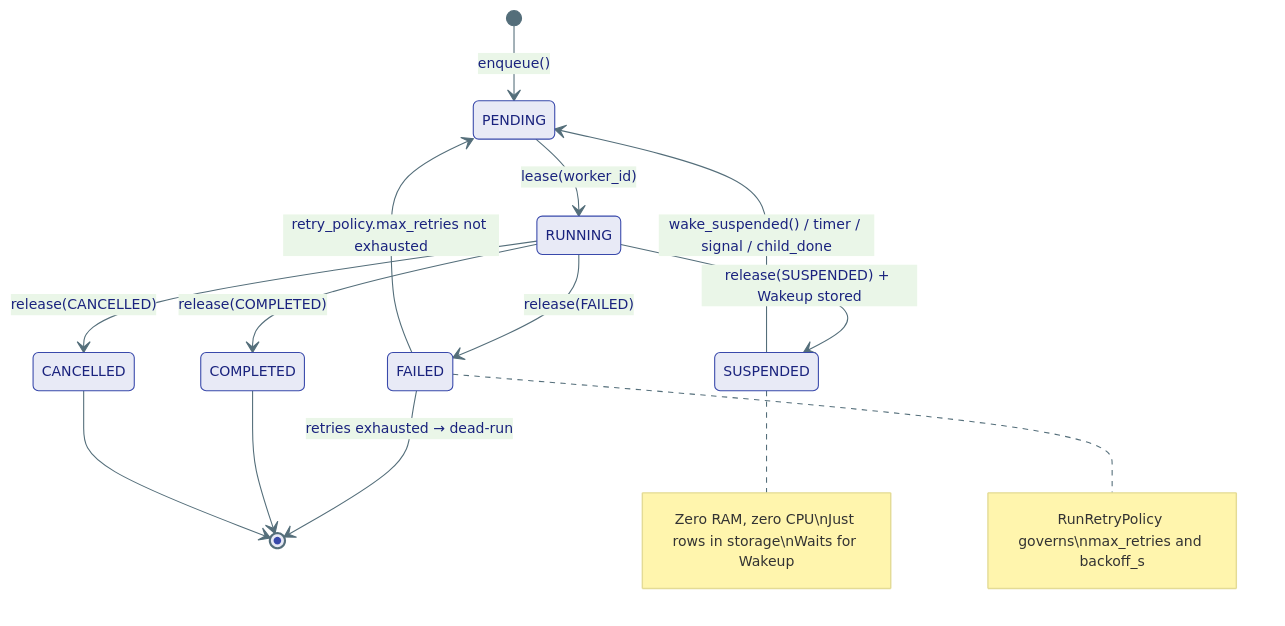
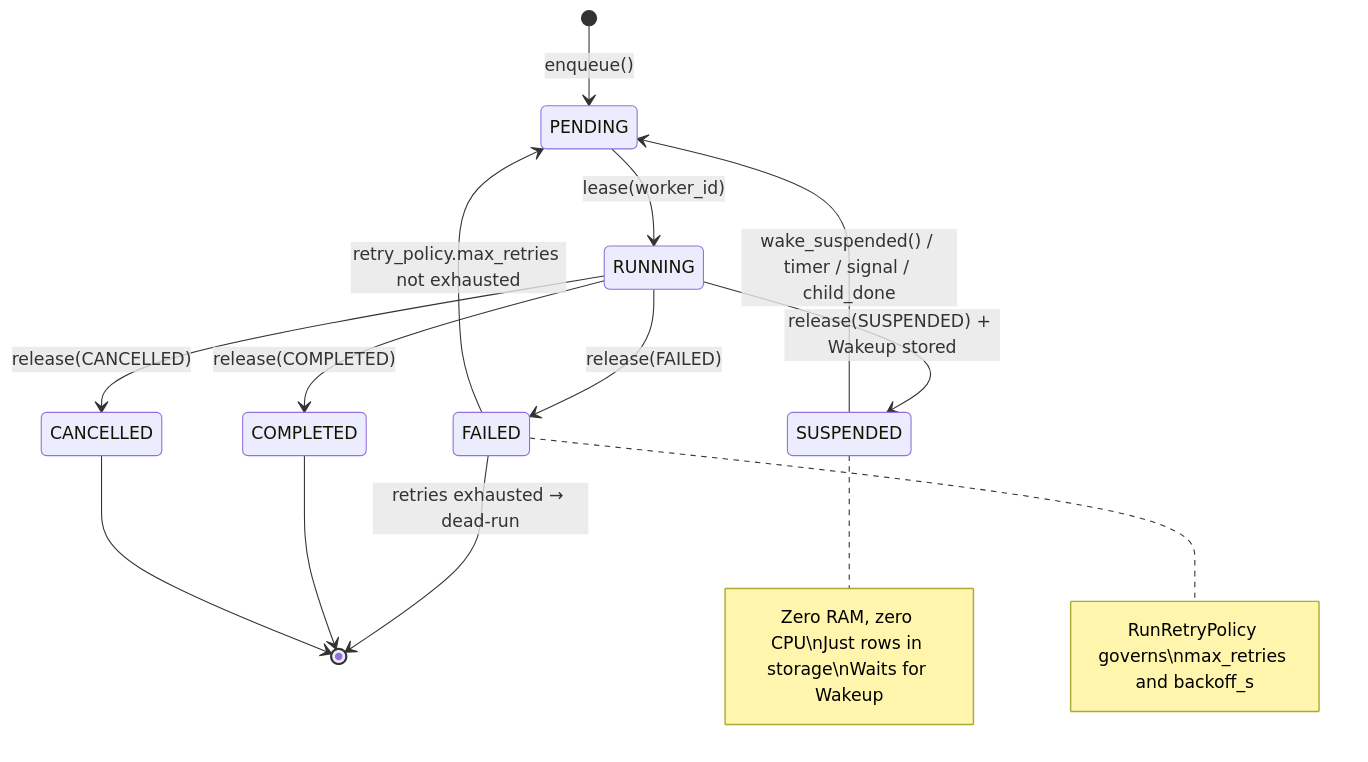
Before and after one commit to Ravikumarchavva/agent-substrate: the first of 5 diagrams in agents/agent-substrate/docs/kernel/07-runtime.md, drawn with Mermaid. The commit also changed other lines of this file and 11 other files, not shown here.

Commit message:
docs: refactor architecture documentation and update diagrams across the kernel module.

````diff
--- a/agents/agent-substrate/docs/kernel/07-runtime.md
+++ b/agents/agent-substrate/docs/kernel/07-runtime.md
@@ -11,18 +11,17 @@
 ```mermaid
-%%{init: {'theme': 'base', 'themeVariables': {'primaryColor': '#E8EAF6','primaryTextColor': '#1A237E','primaryBorderColor': '#3949AB','lineColor': '#546E7A','background': '#FAFAFA','fontSize': '13px'}}}%%
 stateDiagram-v2
     [*] --> PENDING : enqueue()
     PENDING --> RUNNING : lease(worker_id)
     RUNNING --> SUSPENDED : release(SUSPENDED) + Wakeup stored
     SUSPENDED --> PENDING : wake_suspended() / timer / signal / child_done
     RUNNING --> COMPLETED : release(COMPLETED)
     RUNNING --> FAILED : release(FAILED)
     RUNNING --> CANCELLED : release(CANCELLED)
     FAILED --> PENDING : retry_policy.max_retries not exhausted
     FAILED --> [*] : retries exhausted → dead-run
     COMPLETED --> [*]
     CANCELLED --> [*]
 
     note right of SUSPENDED : Zero RAM, zero CPU\nJust rows in storage\nWaits for Wakeup
     note right of FAILED : RunRetryPolicy governs\nmax_retries and backoff_s
 ```
````
